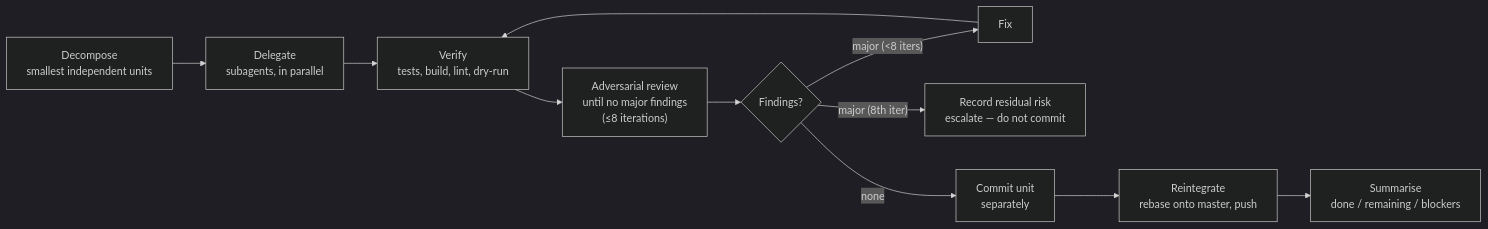
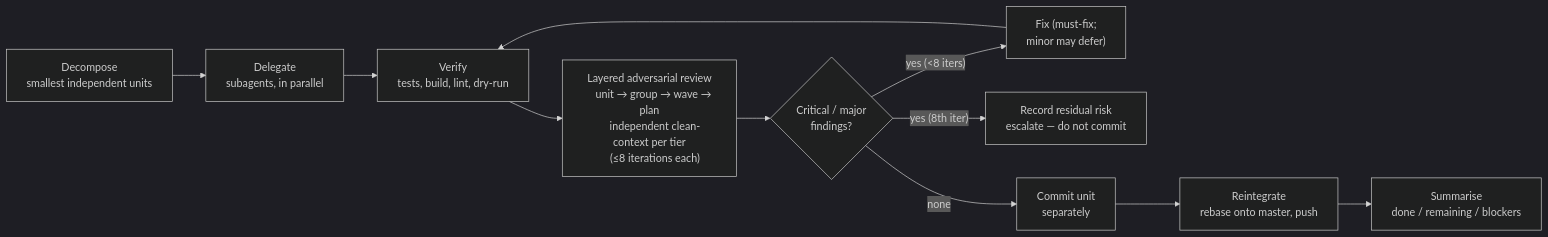
The diagram in .opencode/rules/operating-model.md (sean8601/mockserver-monorepo), drawn with Mermaid (dark theme) before and after one commit. The commit also changed other lines of this file and 7 other files, not shown here.

First line of the commit message:
chore(rules): wire layered review, clean-context independence, must-fix model into the gate chain

````diff
--- a/.opencode/rules/operating-model.md
+++ b/.opencode/rules/operating-model.md
@@ -26,21 +28,24 @@
 ```mermaid
 flowchart LR
     A["Decompose
     smallest independent units"] --> B["Delegate
     subagents, in parallel"]
     B --> C["Verify
     tests, build, lint, dry-run"]
-    C --> D["Adversarial review
-    until no major findings
-    (≤8 iterations)"]
-    D --> E{Findings?}
-    E -->|"major (<8 iters)"| F["Fix"] --> C
-    E -->|"major (8th iter)"| X["Record residual risk
+    C --> D["Layered adversarial review
+    unit → group → wave → plan
+    independent clean-context per tier
+    (≤8 iterations each)"]
+    D --> E{"Critical / major
+    findings?"}
+    E -->|"yes (<8 iters)"| F["Fix (must-fix;
+    minor may defer)"] --> C
+    E -->|"yes (8th iter)"| X["Record residual risk
     escalate — do not commit"]
     E -->|none| G["Commit unit
     separately"]
     G --> H["Reintegrate
     rebase onto master, push"]
     H --> I["Summarise
     done / remaining / blockers"]
 ```
````
